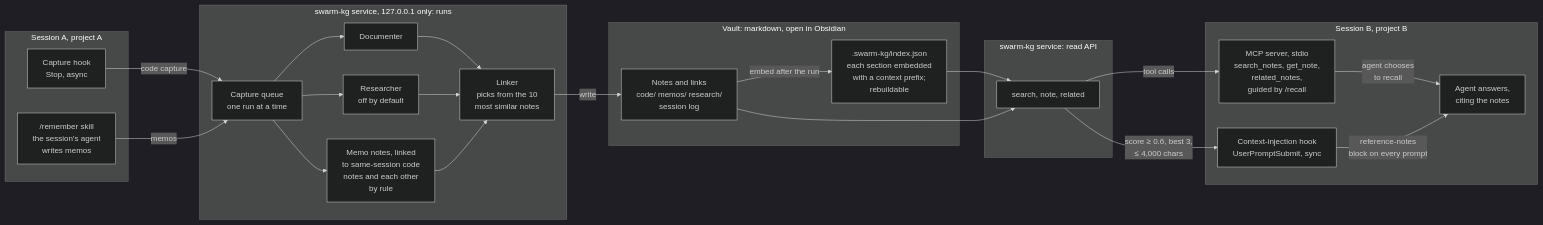
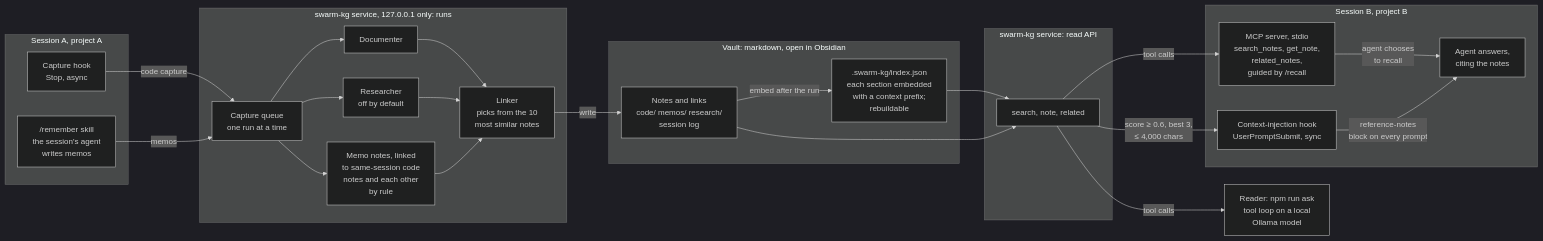
Before and after one commit to lukewoodcock/knowledge-graph: the diagram in docs/architecture.md, drawn with Mermaid (dark theme). The commit also changed other lines of this file and 14 other files, not shown here.

First line of the commit message:
feat: Reader answers recall questions with a local Ollama model

````diff
--- a/docs/architecture.md
+++ b/docs/architecture.md
@@ -7,43 +7,45 @@
 ```mermaid
 flowchart LR
   subgraph A["Session A, project A"]
     CH["Capture hook<br/>Stop, async"]
     RM["/remember skill<br/>the session's agent<br/>writes memos"]
   end
 
   subgraph W["swarm-kg service, 127.0.0.1 only: runs"]
     Q["Capture queue<br/>one run at a time"]
     DOC["Documenter"]
     RES["Researcher<br/>off by default"]
     MEMO["Memo notes, linked<br/>to same-session code<br/>notes and each other<br/>by rule"]
     LNK["Linker<br/>picks from the 10<br/>most similar notes"]
   end
 
   subgraph V["Vault: markdown, open in Obsidian"]
     N["Notes and links<br/>code/ memos/ research/<br/>session log"]
     I[".swarm-kg/index.json<br/>each section embedded<br/>with a context prefix;<br/>rebuildable"]
   end
 
   subgraph R["swarm-kg service: read API"]
     API["search, note, related"]
   end
 
   subgraph B["Session B, project B"]
     MCP["MCP server, stdio<br/>search_notes, get_note,<br/>related_notes,<br/>guided by /recall"]
     CI["Context-injection hook<br/>UserPromptSubmit, sync"]
     AG["Agent answers,<br/>citing the notes"]
   end
 
+  RD["Reader: npm run ask<br/>tool loop on a local<br/>Ollama model"]
+
   CH -- "code capture" --> Q
   RM -- "memos" --> Q
   Q --> DOC & RES
   Q --> MEMO
   DOC & RES & MEMO --> LNK
   LNK -- "write" --> N
   N -- "embed after the run" --> I
   I & N --> API
-  API -- "tool calls" --> MCP
+  API -- "tool calls" --> MCP & RD
   API -- "score ≥ 0.6, best 3,<br/>≤ 4,000 chars" --> CI
   MCP -- "agent chooses<br/>to recall" --> AG
   CI -- "reference-notes<br/>block on every prompt" --> AG
 ```
````
